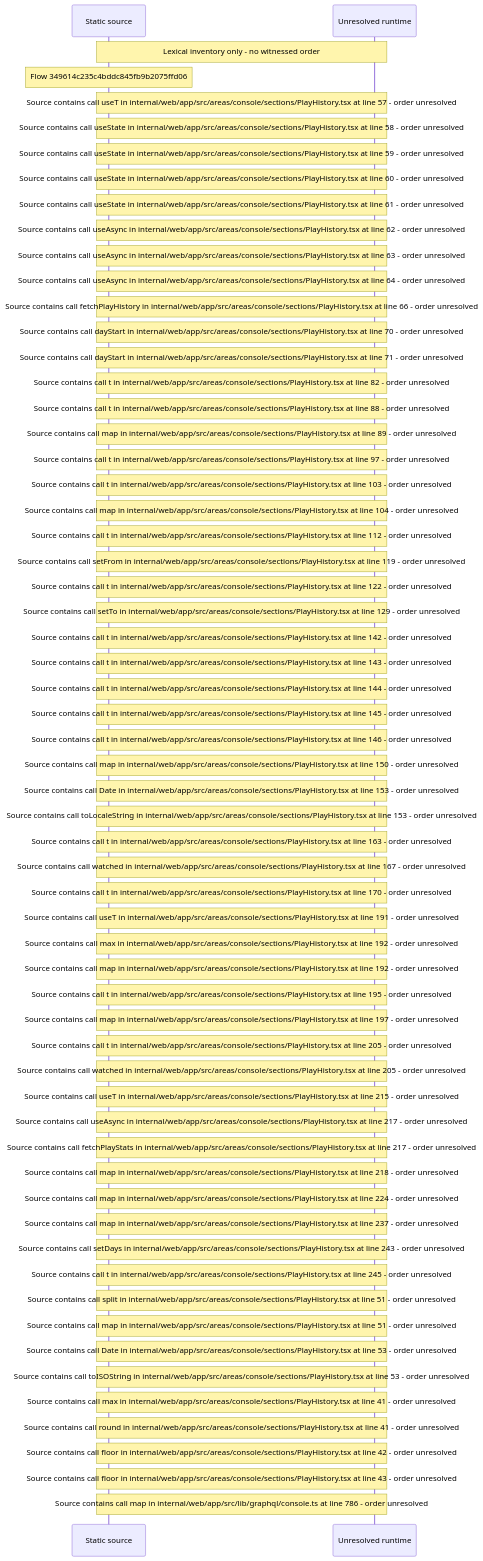
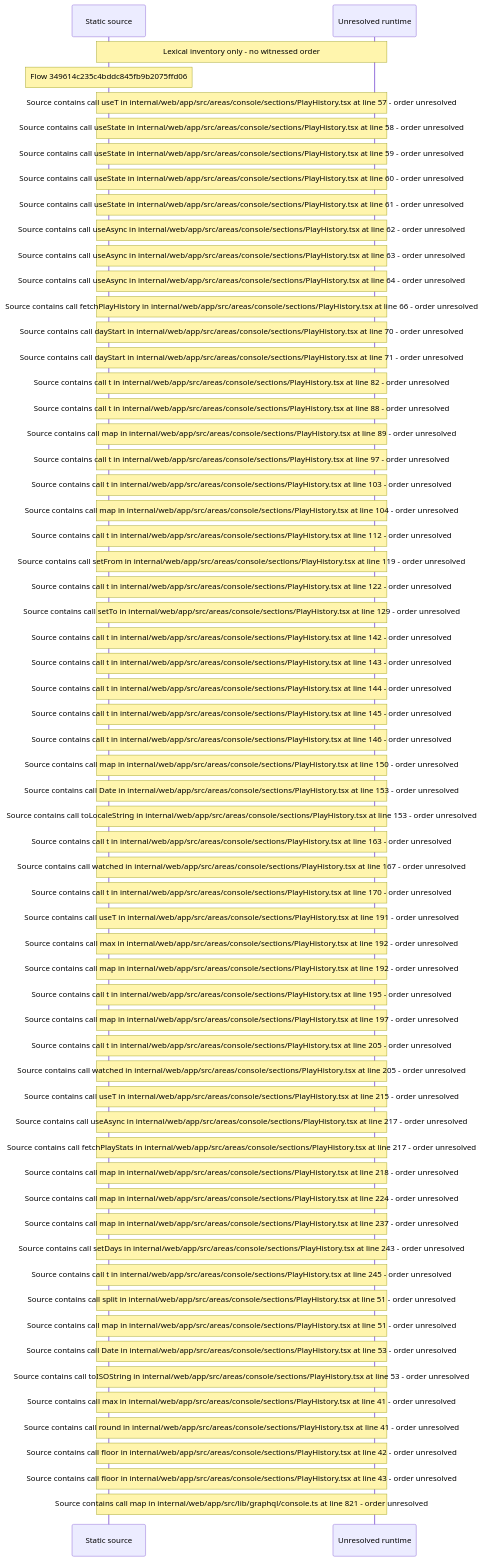
The diagram in docs/web/flows/generated/349614c235c4bddc845fb9b2075ffd06/flow-diagram.md (beamfall/core), drawn with Mermaid before and after one commit. The commit also changed other lines of this file and 715 other files, not shown here.

Commit message:
Regenerate the web flow record on the landing stack head (CORE-1762)

````diff
--- a/docs/web/flows/generated/349614c235c4bddc845fb9b2075ffd06/flow-diagram.md
+++ b/docs/web/flows/generated/349614c235c4bddc845fb9b2075ffd06/flow-diagram.md
@@ -10,63 +10,63 @@
 ```mermaid
 sequenceDiagram
     participant S as Static source
     participant U as Unresolved runtime
     Note over S,U: Lexical inventory only - no witnessed order
     Note over S: Flow 349614c235c4bddc845fb9b2075ffd06
     Note over S,U: Source contains call useT in internal/web/app/src/areas/console/sections/PlayHistory.tsx at line 57 - order unresolved
     Note over S,U: Source contains call useState in internal/web/app/src/areas/console/sections/PlayHistory.tsx at line 58 - order unresolved
     Note over S,U: Source contains call useState in internal/web/app/src/areas/console/sections/PlayHistory.tsx at line 59 - order unresolved
     Note over S,U: Source contains call useState in internal/web/app/src/areas/console/sections/PlayHistory.tsx at line 60 - order unresolved
     Note over S,U: Source contains call useState in internal/web/app/src/areas/console/sections/PlayHistory.tsx at line 61 - order unresolved
     Note over S,U: Source contains call useAsync in internal/web/app/src/areas/console/sections/PlayHistory.tsx at line 62 - order unresolved
     Note over S,U: Source contains call useAsync in internal/web/app/src/areas/console/sections/PlayHistory.tsx at line 63 - order unresolved
     Note over S,U: Source contains call useAsync in internal/web/app/src/areas/console/sections/PlayHistory.tsx at line 64 - order unresolved
     Note over S,U: Source contains call fetchPlayHistory in internal/web/app/src/areas/console/sections/PlayHistory.tsx at line 66 - order unresolved
     Note over S,U: Source contains call dayStart in internal/web/app/src/areas/console/sections/PlayHistory.tsx at line 70 - order unresolved
     Note over S,U: Source contains call dayStart in internal/web/app/src/areas/console/sections/PlayHistory.tsx at line 71 - order unresolved
     Note over S,U: Source contains call t in internal/web/app/src/areas/console/sections/PlayHistory.tsx at line 82 - order unresolved
     Note over S,U: Source contains call t in internal/web/app/src/areas/console/sections/PlayHistory.tsx at line 88 - order unresolved
     Note over S,U: Source contains call map in internal/web/app/src/areas/console/sections/PlayHistory.tsx at line 89 - order unresolved
     Note over S,U: Source contains call t in internal/web/app/src/areas/console/sections/PlayHistory.tsx at line 97 - order unresolved
     Note over S,U: Source contains call t in internal/web/app/src/areas/console/sections/PlayHistory.tsx at line 103 - order unresolved
     Note over S,U: Source contains call map in internal/web/app/src/areas/console/sections/PlayHistory.tsx at line 104 - order unresolved
     Note over S,U: Source contains call t in internal/web/app/src/areas/console/sections/PlayHistory.tsx at line 112 - order unresolved
     Note over S,U: Source contains call setFrom in internal/web/app/src/areas/console/sections/PlayHistory.tsx at line 119 - order unresolved
     Note over S,U: Source contains call t in internal/web/app/src/areas/console/sections/PlayHistory.tsx at line 122 - order unresolved
     Note over S,U: Source contains call setTo in internal/web/app/src/areas/console/sections/PlayHistory.tsx at line 129 - order unresolved
     Note over S,U: Source contains call t in internal/web/app/src/areas/console/sections/PlayHistory.tsx at line 142 - order unresolved
     Note over S,U: Source contains call t in internal/web/app/src/areas/console/sections/PlayHistory.tsx at line 143 - order unresolved
     Note over S,U: Source contains call t in internal/web/app/src/areas/console/sections/PlayHistory.tsx at line 144 - order unresolved
     Note over S,U: Source contains call t in internal/web/app/src/areas/console/sections/PlayHistory.tsx at line 145 - order unresolved
     Note over S,U: Source contains call t in internal/web/app/src/areas/console/sections/PlayHistory.tsx at line 146 - order unresolved
     Note over S,U: Source contains call map in internal/web/app/src/areas/console/sections/PlayHistory.tsx at line 150 - order unresolved
     Note over S,U: Source contains call Date in internal/web/app/src/areas/console/sections/PlayHistory.tsx at line 153 - order unresolved
     Note over S,U: Source contains call toLocaleString in internal/web/app/src/areas/console/sections/PlayHistory.tsx at line 153 - order unresolved
     Note over S,U: Source contains call t in internal/web/app/src/areas/console/sections/PlayHistory.tsx at line 163 - order unresolved
     Note over S,U: Source contains call watched in internal/web/app/src/areas/console/sections/PlayHistory.tsx at line 167 - order unresolved
     Note over S,U: Source contains call t in internal/web/app/src/areas/console/sections/PlayHistory.tsx at line 170 - order unresolved
     Note over S,U: Source contains call useT in internal/web/app/src/areas/console/sections/PlayHistory.tsx at line 191 - order unresolved
     Note over S,U: Source contains call max in internal/web/app/src/areas/console/sections/PlayHistory.tsx at line 192 - order unresolved
     Note over S,U: Source contains call map in internal/web/app/src/areas/console/sections/PlayHistory.tsx at line 192 - order unresolved
     Note over S,U: Source contains call t in internal/web/app/src/areas/console/sections/PlayHistory.tsx at line 195 - order unresolved
     Note over S,U: Source contains call map in internal/web/app/src/areas/console/sections/PlayHistory.tsx at line 197 - order unresolved
     Note over S,U: Source contains call t in internal/web/app/src/areas/console/sections/PlayHistory.tsx at line 205 - order unresolved
     Note over S,U: Source contains call watched in internal/web/app/src/areas/console/sections/PlayHistory.tsx at line 205 - order unresolved
     Note over S,U: Source contains call useT in internal/web/app/src/areas/console/sections/PlayHistory.tsx at line 215 - order unresolved
     Note over S,U: Source contains call useAsync in internal/web/app/src/areas/console/sections/PlayHistory.tsx at line 217 - order unresolved
     Note over S,U: Source contains call fetchPlayStats in internal/web/app/src/areas/console/sections/PlayHistory.tsx at line 217 - order unresolved
     Note over S,U: Source contains call map in internal/web/app/src/areas/console/sections/PlayHistory.tsx at line 218 - order unresolved
     Note over S,U: Source contains call map in internal/web/app/src/areas/console/sections/PlayHistory.tsx at line 224 - order unresolved
     Note over S,U: Source contains call map in internal/web/app/src/areas/console/sections/PlayHistory.tsx at line 237 - order unresolved
     Note over S,U: Source contains call setDays in internal/web/app/src/areas/console/sections/PlayHistory.tsx at line 243 - order unresolved
     Note over S,U: Source contains call t in internal/web/app/src/areas/console/sections/PlayHistory.tsx at line 245 - order unresolved
     Note over S,U: Source contains call split in internal/web/app/src/areas/console/sections/PlayHistory.tsx at line 51 - order unresolved
     Note over S,U: Source contains call map in internal/web/app/src/areas/console/sections/PlayHistory.tsx at line 51 - order unresolved
     Note over S,U: Source contains call Date in internal/web/app/src/areas/console/sections/PlayHistory.tsx at line 53 - order unresolved
     Note over S,U: Source contains call toISOString in internal/web/app/src/areas/console/sections/PlayHistory.tsx at line 53 - order unresolved
     Note over S,U: Source contains call max in internal/web/app/src/areas/console/sections/PlayHistory.tsx at line 41 - order unresolved
     Note over S,U: Source contains call round in internal/web/app/src/areas/console/sections/PlayHistory.tsx at line 41 - order unresolved
     Note over S,U: Source contains call floor in internal/web/app/src/areas/console/sections/PlayHistory.tsx at line 42 - order unresolved
     Note over S,U: Source contains call floor in internal/web/app/src/areas/console/sections/PlayHistory.tsx at line 43 - order unresolved
-    Note over S,U: Source contains call map in internal/web/app/src/lib/graphql/console.ts at line 786 - order unresolved
+    Note over S,U: Source contains call map in internal/web/app/src/lib/graphql/console.ts at line 821 - order unresolved
 ```
````
